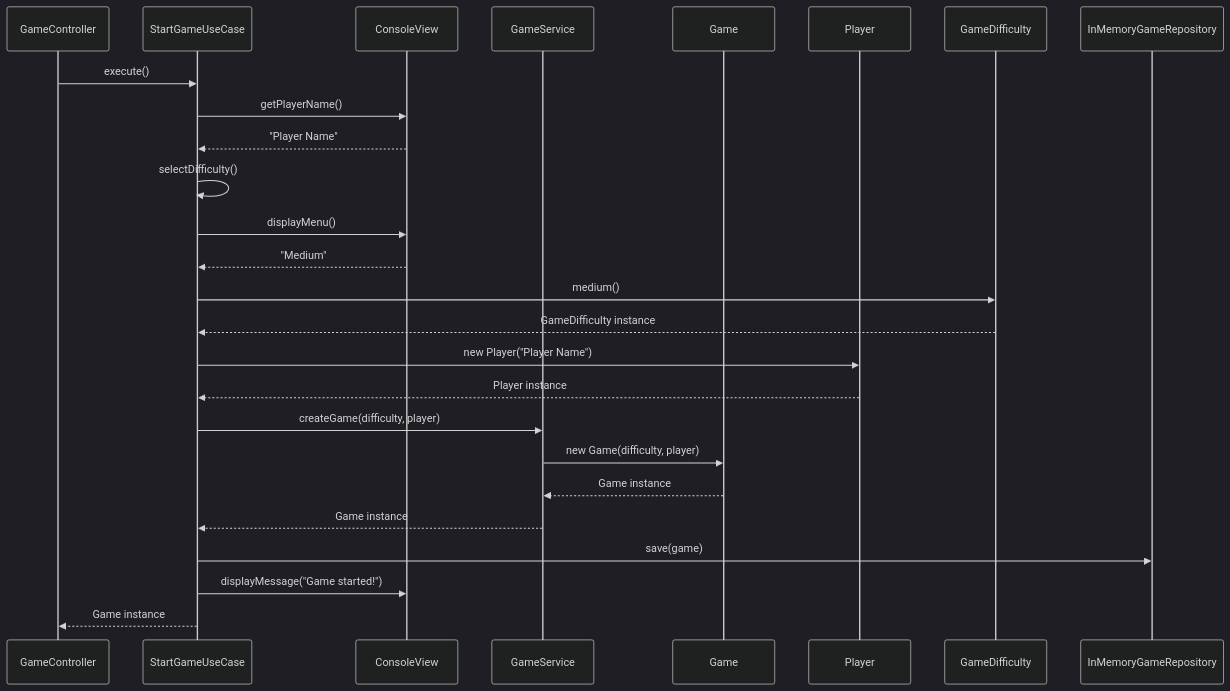
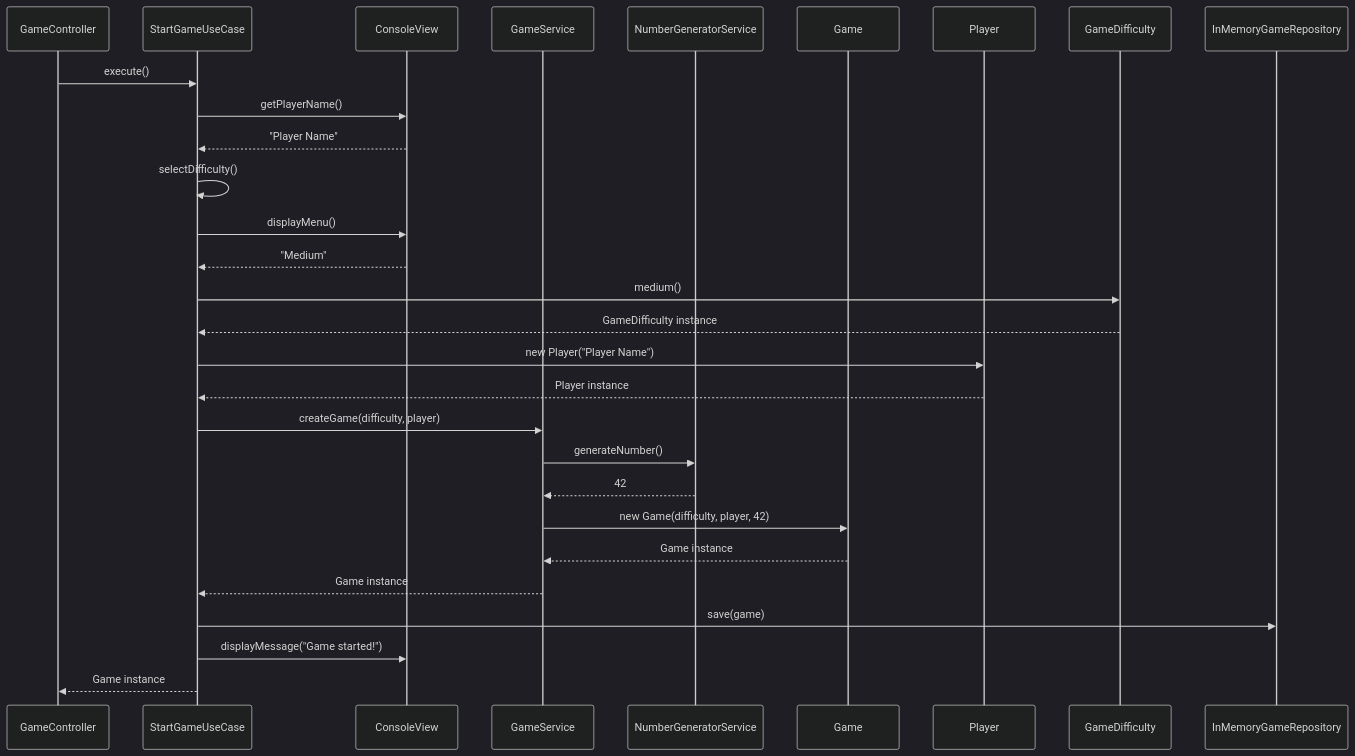
Before and after one commit to Shockp/Backend-Projects: the second of 5 diagrams in number-guessing-game/UML Diagrams/SequenceDiagram.md, drawn with Mermaid (dark theme). The commit also changed other lines of this file and 8 other files, not shown here.

````diff
--- a/number-guessing-game/UML Diagrams/SequenceDiagram.md
+++ b/number-guessing-game/UML Diagrams/SequenceDiagram.md
@@ -118,29 +126,32 @@
 ```mermaid
 sequenceDiagram
     participant GameController
     participant StartGameUseCase
     participant ConsoleView
     participant GameService
+    participant NumberGeneratorService
     participant Game
     participant Player
     participant GameDifficulty
     participant InMemoryGameRepository
 
     GameController->>StartGameUseCase: execute()
     StartGameUseCase->>ConsoleView: getPlayerName()
     ConsoleView-->>StartGameUseCase: "Player Name"
     StartGameUseCase->>StartGameUseCase: selectDifficulty()
     StartGameUseCase->>ConsoleView: displayMenu()
     ConsoleView-->>StartGameUseCase: "Medium"
     StartGameUseCase->>GameDifficulty: medium()
     GameDifficulty-->>StartGameUseCase: GameDifficulty instance
     StartGameUseCase->>Player: new Player("Player Name")
     Player-->>StartGameUseCase: Player instance
     StartGameUseCase->>GameService: createGame(difficulty, player)
-    GameService->>Game: new Game(difficulty, player)
+    GameService->>NumberGeneratorService: generateNumber()
+    NumberGeneratorService-->>GameService: 42
+    GameService->>Game: new Game(difficulty, player, 42)
     Game-->>GameService: Game instance
     GameService-->>StartGameUseCase: Game instance
     StartGameUseCase->>InMemoryGameRepository: save(game)
     StartGameUseCase->>ConsoleView: displayMessage("Game started!")
     StartGameUseCase-->>GameController: Game instance
 ```
````
